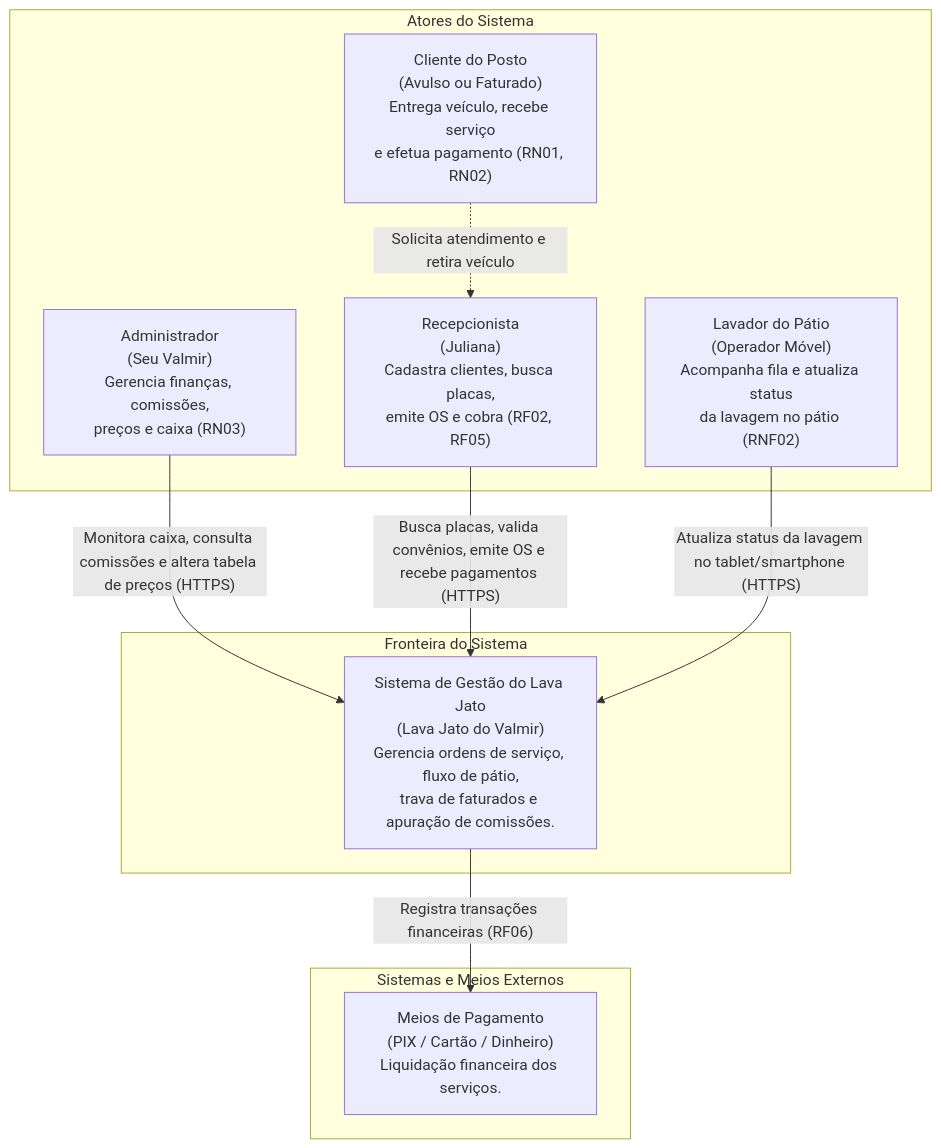
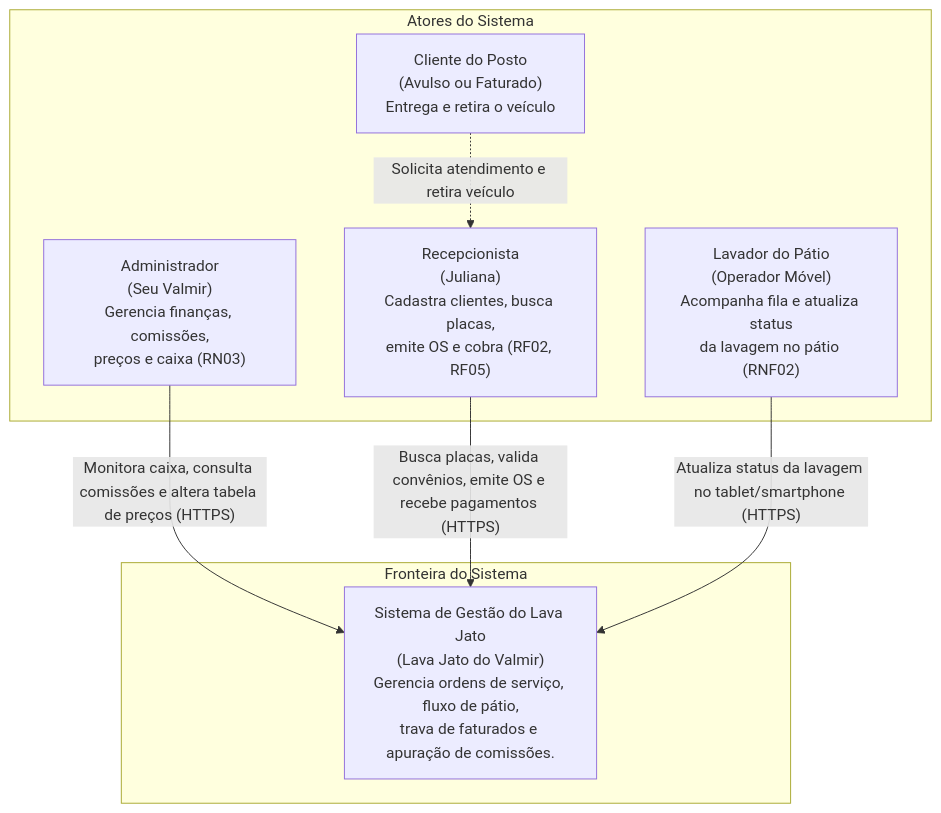
Before and after one commit to ednaldomaciel/projeto_posto_de_lavagem_ciesa: the first of 3 diagrams in docs/arquitetura_e_design.md, drawn with Mermaid. The commit also changed other lines of this file and 35 other files, not shown here.

````diff
--- a/docs/arquitetura_e_design.md
+++ b/docs/arquitetura_e_design.md
@@ -41,23 +41,18 @@
 ```mermaid
 flowchart TD
     subgraph Atores["Atores do Sistema"]
         Admin["Administrador\n(Seu Valmir)\nGerencia finanças, comissões,\npreços e caixa (RN03)"]
         Recepcao["Recepcionista\n(Juliana)\nCadastra clientes, busca placas,\nemite OS e cobra (RF02, RF05)"]
         Lavador["Lavador do Pátio\n(Operador Móvel)\nAcompanha fila e atualiza status\nda lavagem no pátio (RNF02)"]
-        Cliente["Cliente do Posto\n(Avulso ou Faturado)\nEntrega veículo, recebe serviço\ne efetua pagamento (RN01, RN02)"]
+        Cliente["Cliente do Posto\n(Avulso ou Faturado)\nEntrega e retira o veículo"]
     end
 
     subgraph Sistema["Fronteira do Sistema"]
         LavaJatoSys["Sistema de Gestão do Lava Jato\n(Lava Jato do Valmir)\nGerencia ordens de serviço, fluxo de pátio,\ntrava de faturados e apuração de comissões."]
     end
 
-    subgraph Externos["Sistemas e Meios Externos"]
-        GatewayPag["Meios de Pagamento\n(PIX / Cartão / Dinheiro)\nLiquidação financeira dos serviços."]
-    end
-
     Admin -->|"Monitora caixa, consulta comissões e altera tabela de preços (HTTPS)"| LavaJatoSys
     Recepcao -->|"Busca placas, valida convênios, emite OS e recebe pagamentos (HTTPS)"| LavaJatoSys
     Lavador -->|"Atualiza status da lavagem no tablet/smartphone (HTTPS)"| LavaJatoSys
     Cliente -.->|"Solicita atendimento e retira veículo"| Recepcao
-    LavaJatoSys -->|"Registra transações financeiras (RF06)"| GatewayPag
 ```
````
